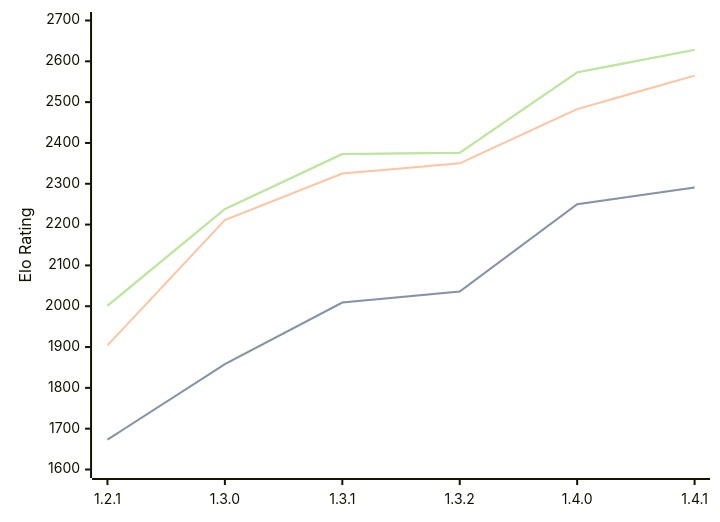
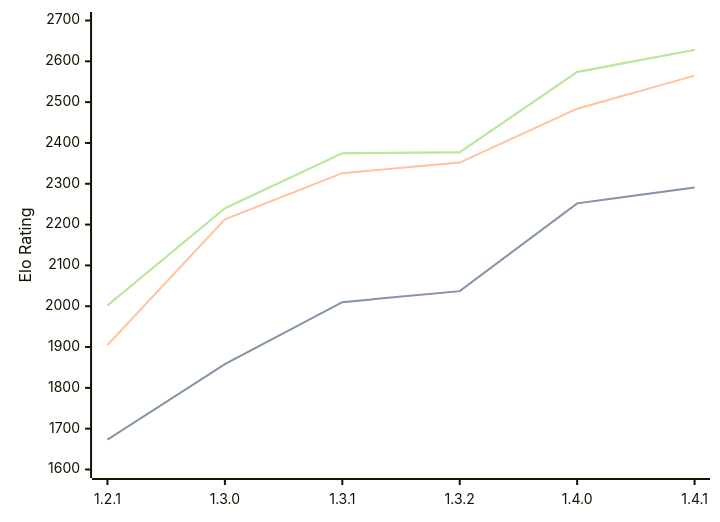
Before and after one commit to computer-chess-index/cci: the third of 3 diagrams in engines/Chal.md, drawn with Mermaid. The commit also changed other lines of this file, not shown here.

Commit message:
Update CCI Ratings (ELO VLTC) - 2026-06-30

````diff
--- a/engines/Chal.md
+++ b/engines/Chal.md
@@ -72,11 +72,11 @@
 ```mermaid
 %%{init: {"theme":"base","themeVariables":{"seriesColors:['#a3a3a3','#222221','#faa371']}}}%%
 xychart-beta
   x-axis ["1.2.1", "1.3.0", "1.3.1", "1.3.2", "1.4.0", "1.4.1"]
   y-axis "Elo Rating" 1600 --> 2700
-  line "STC (8.0+0.08s)" [1673, 1858, 2009, 2036, 2250, 2291]
-  line "STC (8.0+0.08s)" [1673, 1858, 2009, 2036, 2250, 2291]
-  line "LTC (60.0+0.60s)" [1904, 2211, 2325, 2350, 2483, 2565]
-  line "VLTC (2m24s+1.12s)" [2001, 2238, 2373, 2376, 2573, 2628]
-  line "VLTC (2m24s+1.12s)" [2001, 2238, 2373, 2376, 2573, 2628]
+  line "STC (8.0+0.08s)" [1673, 1858, 2010, 2037, 2252, 2291]
+  line "STC (8.0+0.08s)" [1673, 1858, 2010, 2037, 2252, 2291]
+  line "LTC (60.0+0.60s)" [1905, 2213, 2326, 2352, 2484, 2565]
+  line "VLTC (2m24s+1.12s)" [2002, 2240, 2375, 2377, 2574, 2628]
+  line "VLTC (2m24s+1.12s)" [2002, 2240, 2375, 2377, 2574, 2628]
 ```
````
